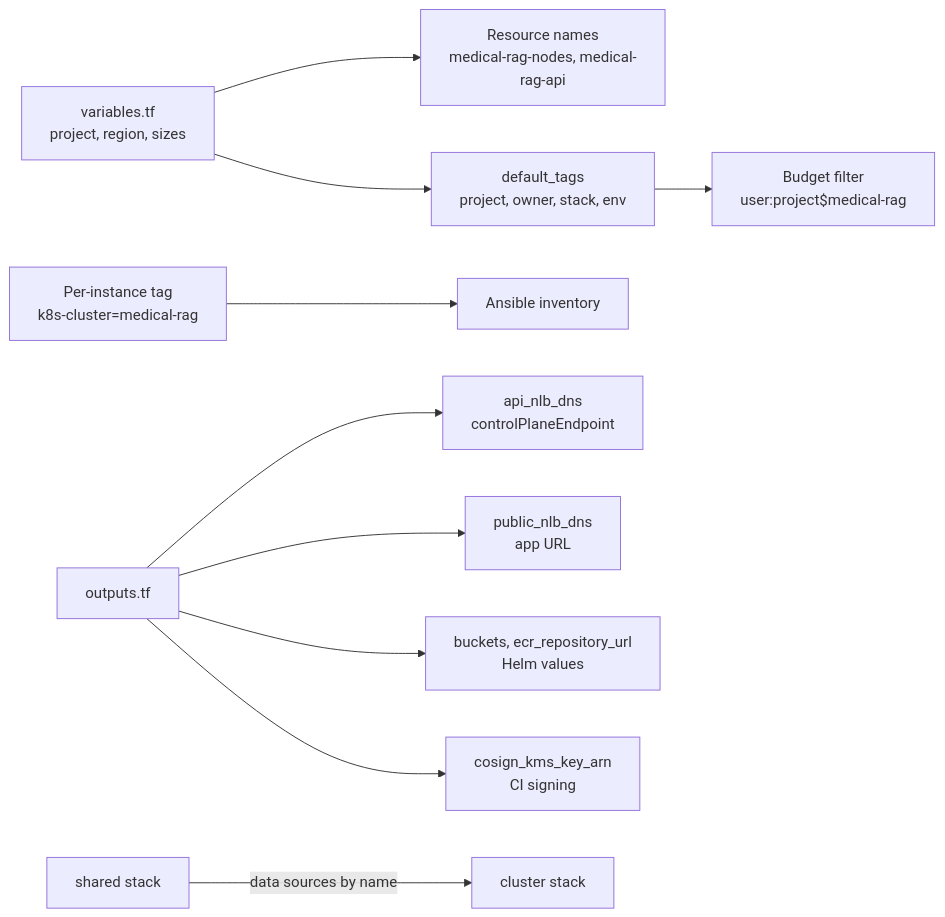
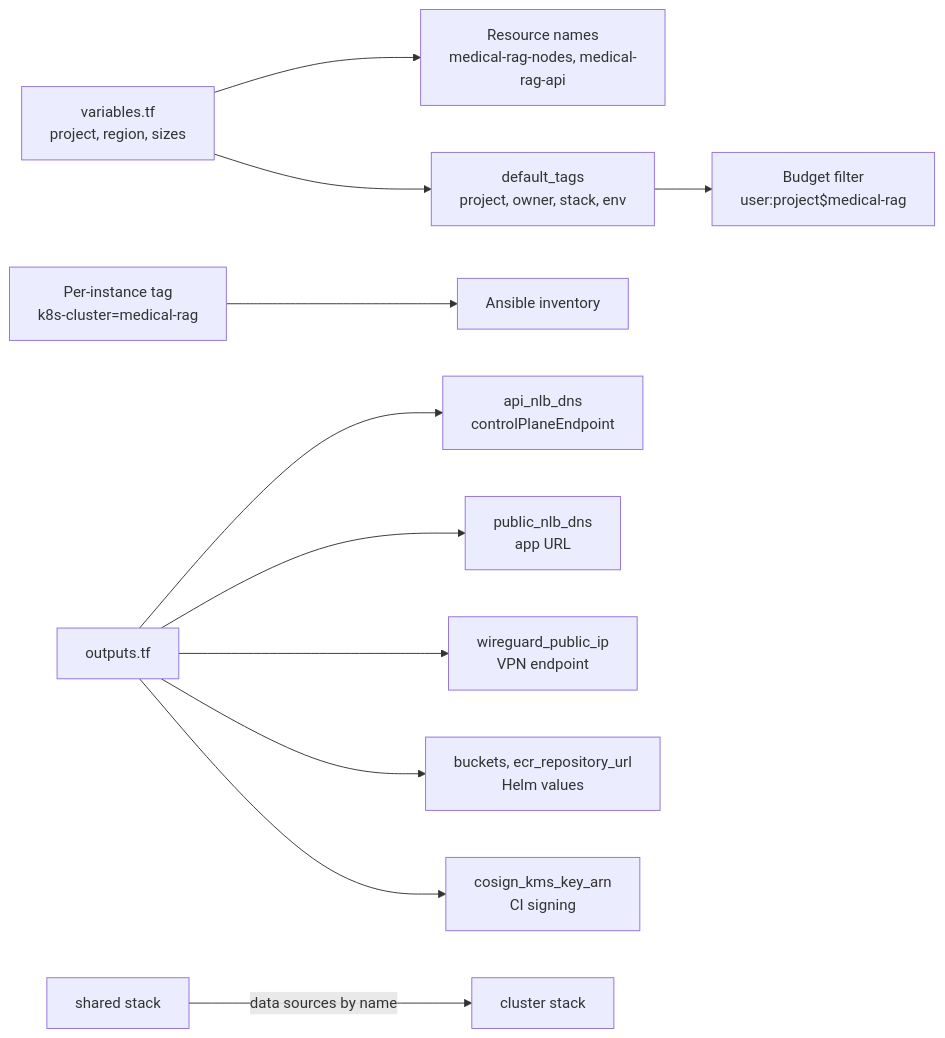
The third of 3 diagrams in docs/terraform/README.md (biabeogo147/Medical-RAG-Chatbot), drawn with Mermaid before and after one commit. The commit also changed other lines of this file and 5 other files, not shown here.

````diff
--- a/docs/terraform/README.md
+++ b/docs/terraform/README.md
@@ -182,12 +193,13 @@
 ```mermaid
 flowchart LR
     VARS["variables.tf<br/>project, region, sizes"] --> RES["Resource names<br/>medical-rag-nodes, medical-rag-api"]
     VARS --> TAGS["default_tags<br/>project, owner, stack, env"]
     TAGS --> BUDGET["Budget filter<br/>user:project$medical-rag"]
     TAG2["Per-instance tag<br/>k8s-cluster=medical-rag"] --> ANS["Ansible inventory"]
     OUT["outputs.tf"] --> KUBEADM["api_nlb_dns<br/>controlPlaneEndpoint"]
     OUT --> URL["public_nlb_dns<br/>app URL"]
+    OUT --> VPN["wireguard_public_ip<br/>VPN endpoint"]
     OUT --> HELM["buckets, ecr_repository_url<br/>Helm values"]
     OUT --> SIGN["cosign_kms_key_arn<br/>CI signing"]
     SHARED["shared stack"] -->|"data sources by name"| CLUSTER["cluster stack"]
 ```
````
